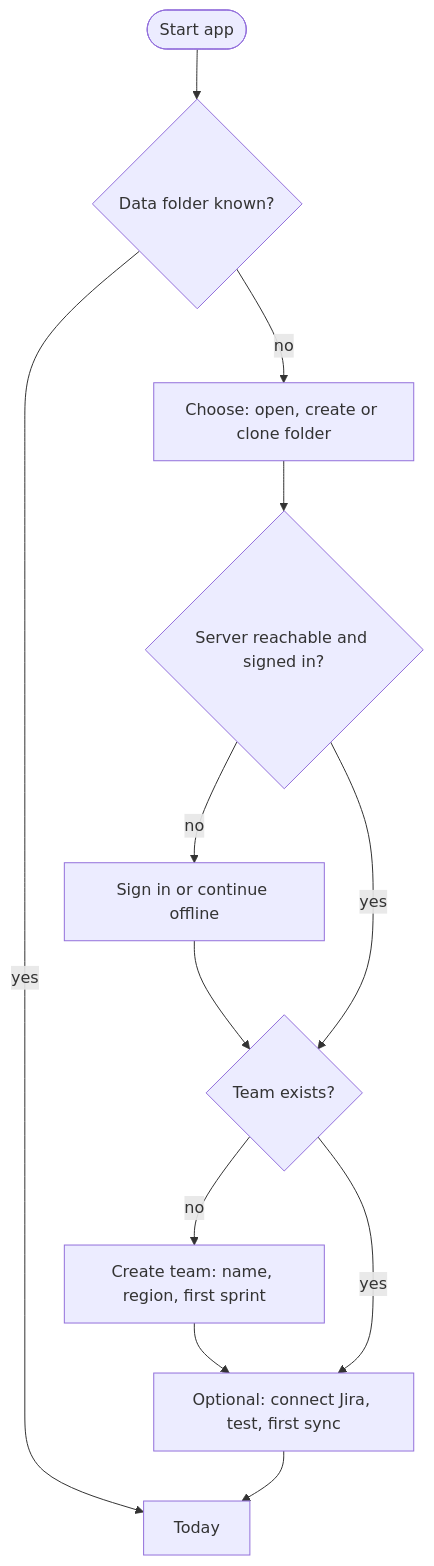
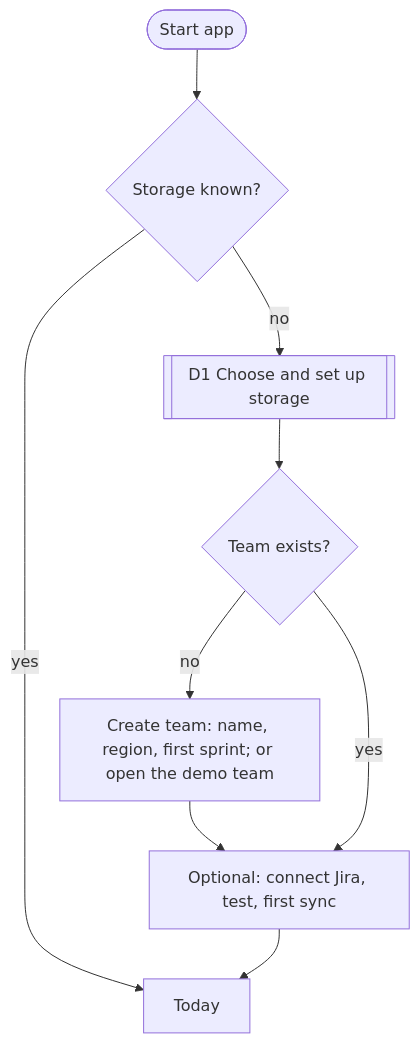
One commit to swallat/foresprint changed the third of 15 diagrams in docs/redesign/flows.md. Above: the diagram before and after it, drawn with Mermaid. The commit also changed other lines of this file and 1 other file, not shown here.

First line of the commit message:
Make data flows storage-neutral (shared folder or Git) and define the storage interface

````diff
--- a/docs/redesign/flows.md
+++ b/docs/redesign/flows.md
@@ -169,12 +168,10 @@
 ```mermaid
 flowchart TD
-  S([Start app]) --> Q{Data folder known?}
+  S([Start app]) --> Q{Storage known?}
   Q -- yes --> T[Today]
-  Q -- no --> W1[Choose: open, create or clone folder]
-  W1 --> W2{Server reachable and signed in?}
-  W2 -- no --> W2a[Sign in or continue offline] --> W3
-  W2 -- yes --> W3{Team exists?}
-  W3 -- no --> W4[Create team: name, region, first sprint] --> W5
+  Q -- no --> D1[[D1 Choose and set up storage]]
+  D1 --> W3{Team exists?}
+  W3 -- no --> W4[Create team: name, region, first sprint; or open the demo team] --> W5
   W3 -- yes --> W5[Optional: connect Jira, test, first sync]
   W5 --> T
 ```
````
